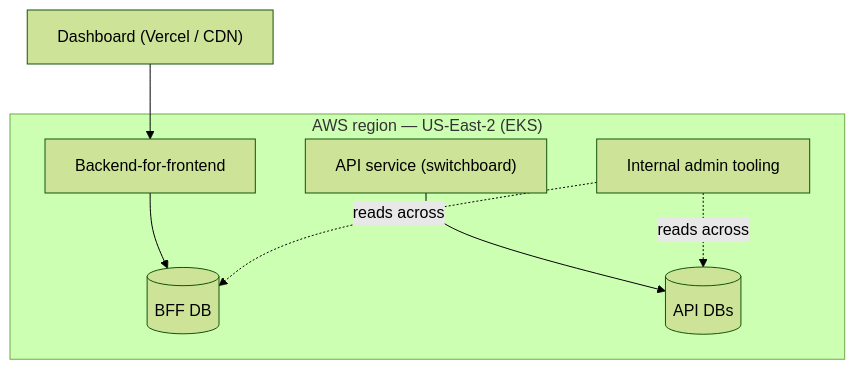
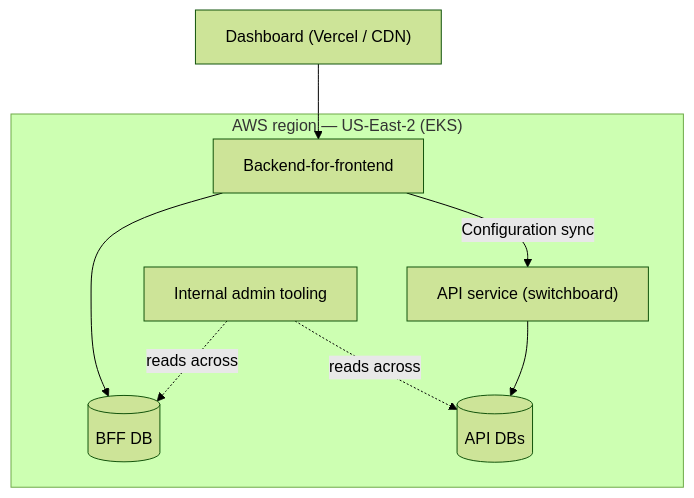
Before and after one commit to knocklabs-interview-exercises/pair-interview: the diagram in part-two/systems-design-devops/README.md, drawn with Mermaid (forest theme). The commit also changed 1 other file, not shown here.

Commit message:
Update BFF->Backend relation

````diff
--- a/part-two/systems-design-devops/README.md
+++ b/part-two/systems-design-devops/README.md
@@ -21,18 +21,19 @@
 ```mermaid
 flowchart TB
     Dashboard["Dashboard (Vercel / CDN)"]
 
     subgraph AWS["AWS region — US-East-2 (EKS)"]
         BFF["Backend-for-frontend"]
         API["API service (switchboard)"]
         Admin["Internal admin tooling"]
         BFFDB[("BFF DB")]
         APIDB[("API DBs")]
     end
 
     Dashboard --> BFF
     BFF --> BFFDB
     API --> APIDB
+    BFF --Configuration sync--> API
     Admin -.reads across.-> BFFDB
     Admin -.reads across.-> APIDB
 ```
````
